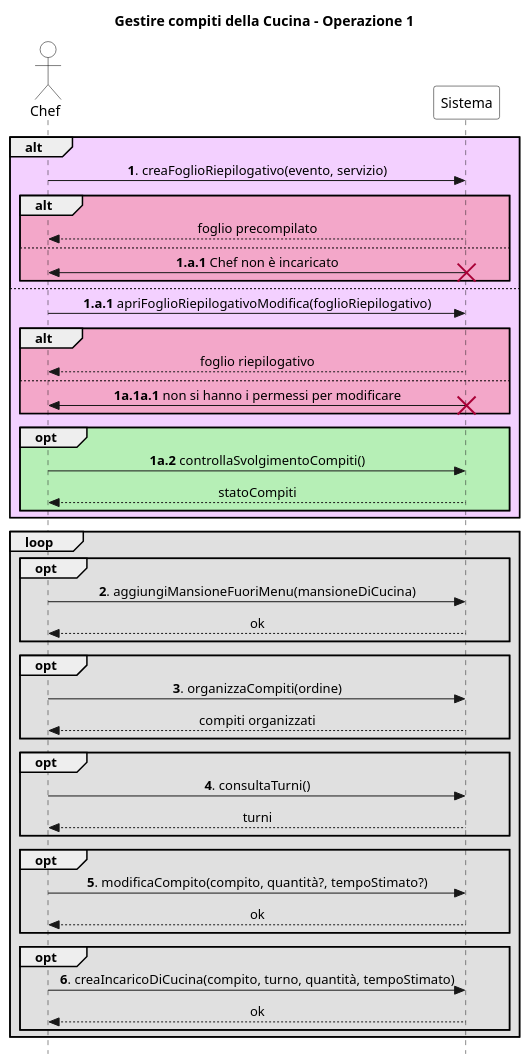
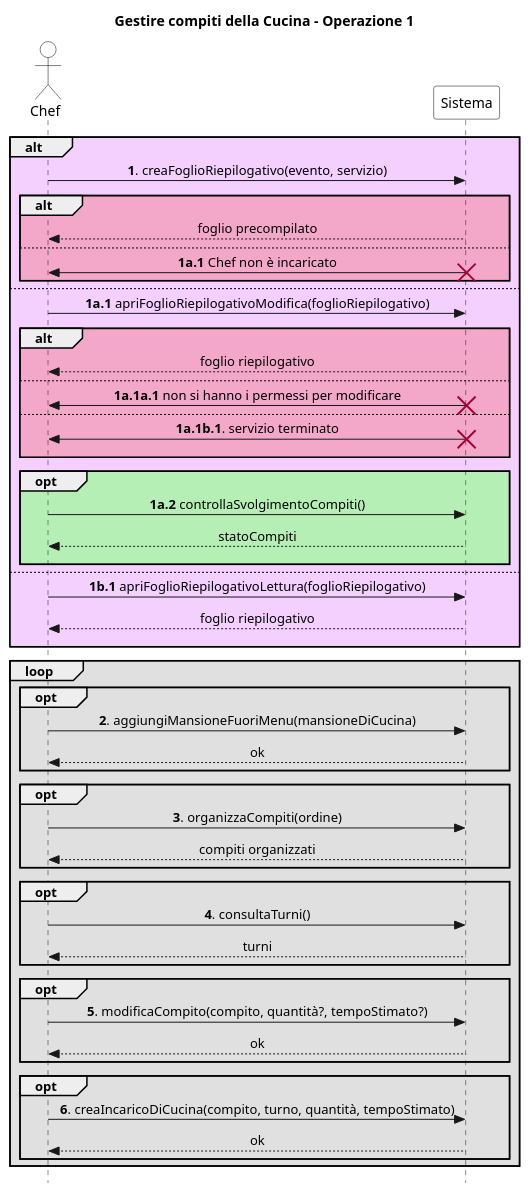
Before and after one commit to stefa168/sas-project: the diagram in UP/Requisiti/UC Gestire Compiti Cucina/SSD/Estensioni-Eccezioni Op1.puml, drawn with PlantUML.

Commit message:
Introdotta eccezione mancante e estensione mancante dei contratti

```diff
--- a/UP/Requisiti/UC Gestire Compiti Cucina/SSD/Estensioni-Eccezioni Op1.puml
+++ b/UP/Requisiti/UC Gestire Compiti Cucina/SSD/Estensioni-Eccezioni Op1.puml
@@ -1,69 +1,78 @@
 @startuml
 skinparam Style strictuml
 skinparam SequenceMessageAlign center
 
 skinparam sequence {
     ActorBorderColor Black
     ActorBackgroundColor White
     ParticipantBorderColor Black
     ParticipantBackgroundColor White
 }
 
 actor Chef
 participant Sistema
 
 title Gestire compiti della Cucina - Operazione 1
 
 alt #f3d0ff
     Chef -> Sistema: **1**. creaFoglioRiepilogativo(evento, servizio)
     alt #f3a7c9
         return foglio precompilato
     else
-        Chef <- Sistema: **1.a.1** Chef non è incaricato
+        Chef <- Sistema: **1a.1** Chef non è incaricato
         destroy Sistema
     end
 else
-    Chef -> Sistema: **1.a.1** apriFoglioRiepilogativoModifica(foglioRiepilogativo)
+    Chef -> Sistema: **1a.1** apriFoglioRiepilogativoModifica(foglioRiepilogativo)
     alt #f3a7c9
         return foglio riepilogativo
     else
         Chef <- Sistema: **1a.1a.1** non si hanno i permessi per modificare
         destroy Sistema
+    else
+        Chef <- Sistema: **1a.1b.1**. servizio terminato
+        destroy Sistema
+        ||10||
     end
 
     opt #b6efb6
         Chef -> Sistema: **1a.2** controllaSvolgimentoCompiti()
         return statoCompiti
+        ||10||
     end
+else
+    Chef -> Sistema: **1b.1** apriFoglioRiepilogativoLettura(foglioRiepilogativo)
+    return foglio riepilogativo
+    ||10||
 end
 
 loop #e0e0e0
     opt #e0e0e0
         Chef -> Sistema: **2**. aggiungiMansioneFuoriMenu(mansioneDiCucina)
         return ok
     end
 
     opt #e0e0e0
         Chef -> Sistema: **3**. organizzaCompiti(ordine)
         return compiti organizzati
     end
 
     opt #e0e0e0
         Chef -> Sistema: **4**. consultaTurni()
         return turni
     end
 
     opt #e0e0e0
         Chef -> Sistema: **5**. modificaCompito(compito, quantità?, tempoStimato?)
         return ok
     end
 
     opt #e0e0e0
         Chef -> Sistema: **6**. creaIncaricoDiCucina(compito, turno, quantità, tempoStimato)
         return ok
     end
 
 end
 
 
 @enduml
```
